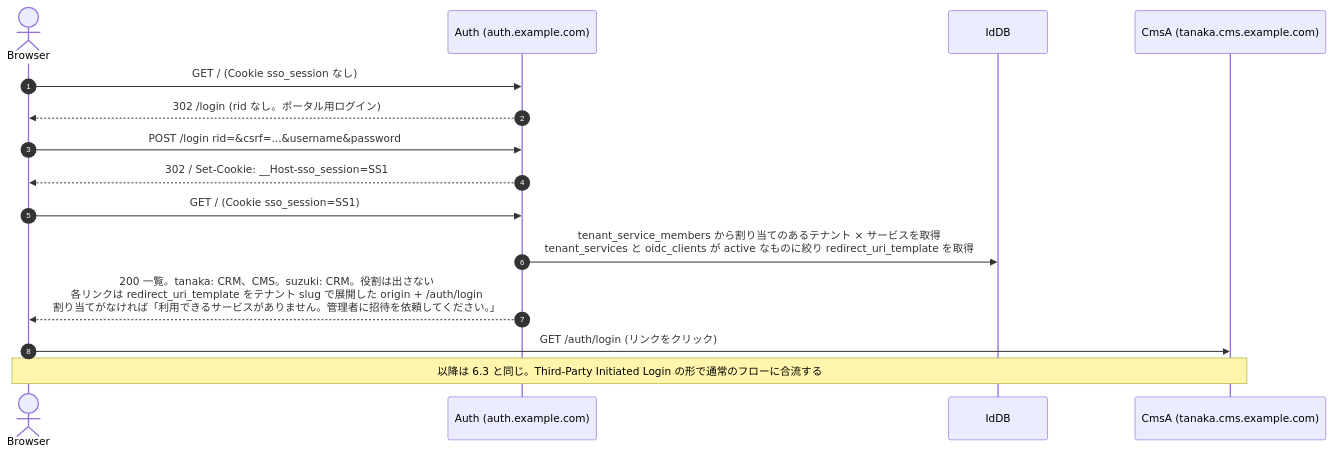
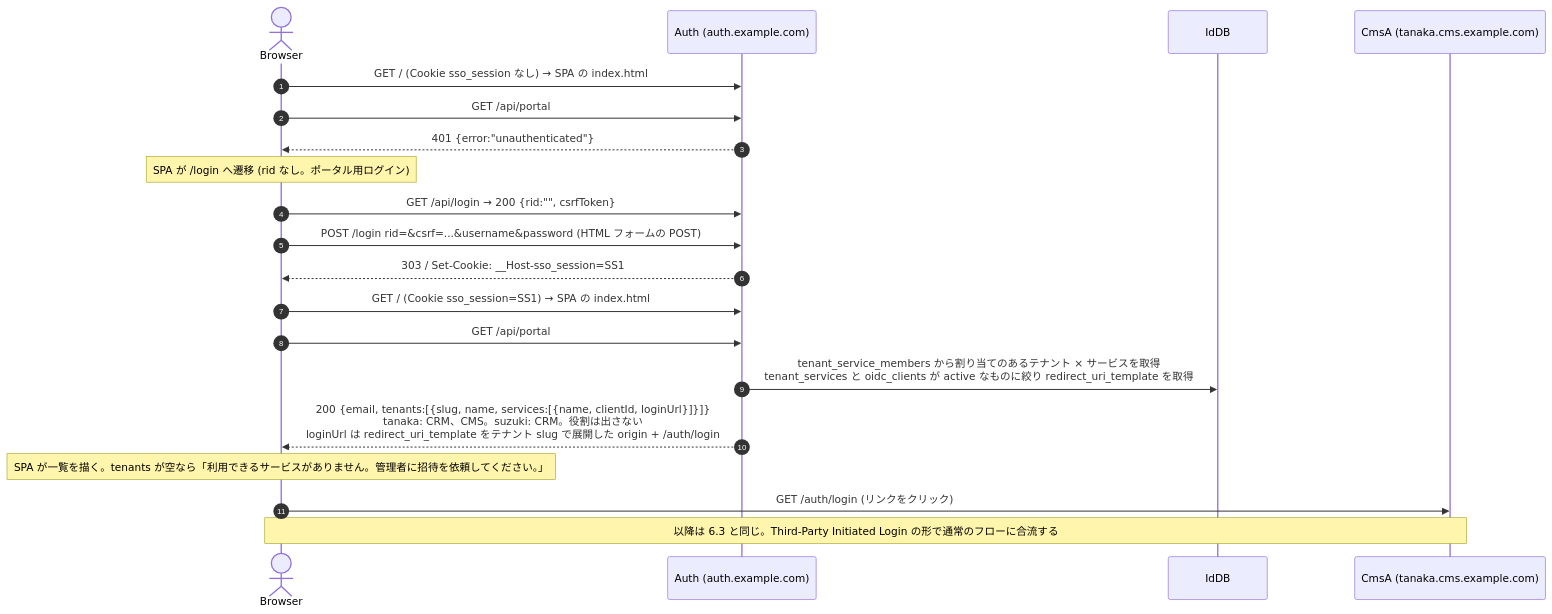
Before and after one commit to daisuke-tanabe/multi-domain-sandbox: the ninth of 11 diagrams in docs/integration-guide.md, drawn with Mermaid. The commit also changed other lines of this file and 41 other files, not shown here.

First line of the commit message:
feat: auth の画面を React Router v8 の SPA にする

````diff
--- a/docs/integration-guide.md
+++ b/docs/integration-guide.md
@@ -868,18 +879,23 @@
 ```mermaid
 sequenceDiagram
     autonumber
     actor Browser
     participant Auth as Auth (auth.example.com)
     participant IdDB
     participant CmsA as CmsA (tanaka.cms.example.com)
 
-    Browser->>Auth: GET / (Cookie sso_session なし)
-    Auth-->>Browser: 302 /login (rid なし。ポータル用ログイン)
-    Browser->>Auth: POST /login rid=&csrf=...&username&password
-    Auth-->>Browser: 302 /  Set-Cookie: __Host-sso_session=SS1
-    Browser->>Auth: GET / (Cookie sso_session=SS1)
+    Browser->>Auth: GET / (Cookie sso_session なし) → SPA の index.html
+    Browser->>Auth: GET /api/portal
+    Auth-->>Browser: 401 {error:"unauthenticated"}
+    Note over Browser: SPA が /login へ遷移 (rid なし。ポータル用ログイン)
+    Browser->>Auth: GET /api/login → 200 {rid:"", csrfToken}
+    Browser->>Auth: POST /login rid=&csrf=...&username&password (HTML フォームの POST)
+    Auth-->>Browser: 303 /  Set-Cookie: __Host-sso_session=SS1
+    Browser->>Auth: GET / (Cookie sso_session=SS1) → SPA の index.html
+    Browser->>Auth: GET /api/portal
     Auth->>IdDB: tenant_service_members から割り当てのあるテナント × サービスを取得<br/>tenant_services と oidc_clients が active なものに絞り redirect_uri_template を取得
-    Auth-->>Browser: 200 一覧。tanaka: CRM、CMS。suzuki: CRM。役割は出さない<br/>各リンクは redirect_uri_template をテナント slug で展開した origin + /auth/login<br/>割り当てがなければ「利用できるサービスがありません。管理者に招待を依頼してください。」
+    Auth-->>Browser: 200 {email, tenants:[{slug, name, services:[{name, clientId, loginUrl}]}]}<br/>tanaka: CRM、CMS。suzuki: CRM。役割は出さない<br/>loginUrl は redirect_uri_template をテナント slug で展開した origin + /auth/login
+    Note over Browser: SPA が一覧を描く。tenants が空なら「利用できるサービスがありません。管理者に招待を依頼してください。」
     Browser->>CmsA: GET /auth/login (リンクをクリック)
     Note over Browser,CmsA: 以降は 6.3 と同じ。Third-Party Initiated Login の形で通常のフローに合流する
 ```
````
